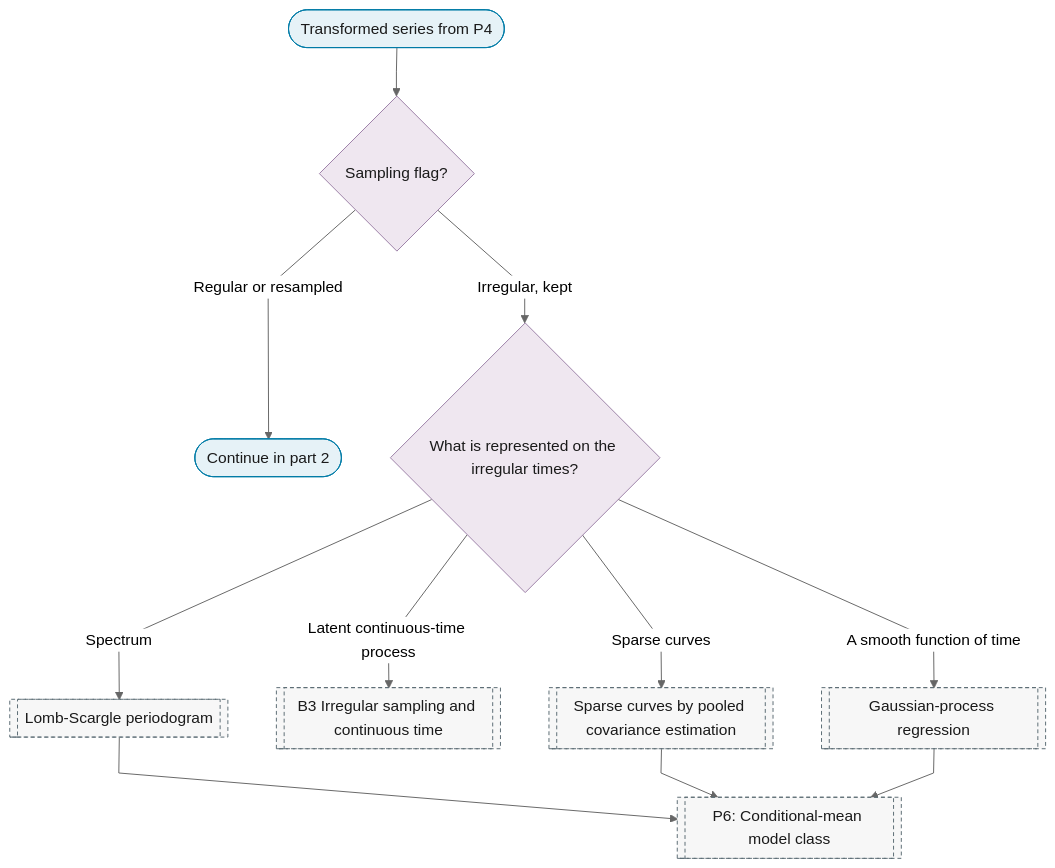
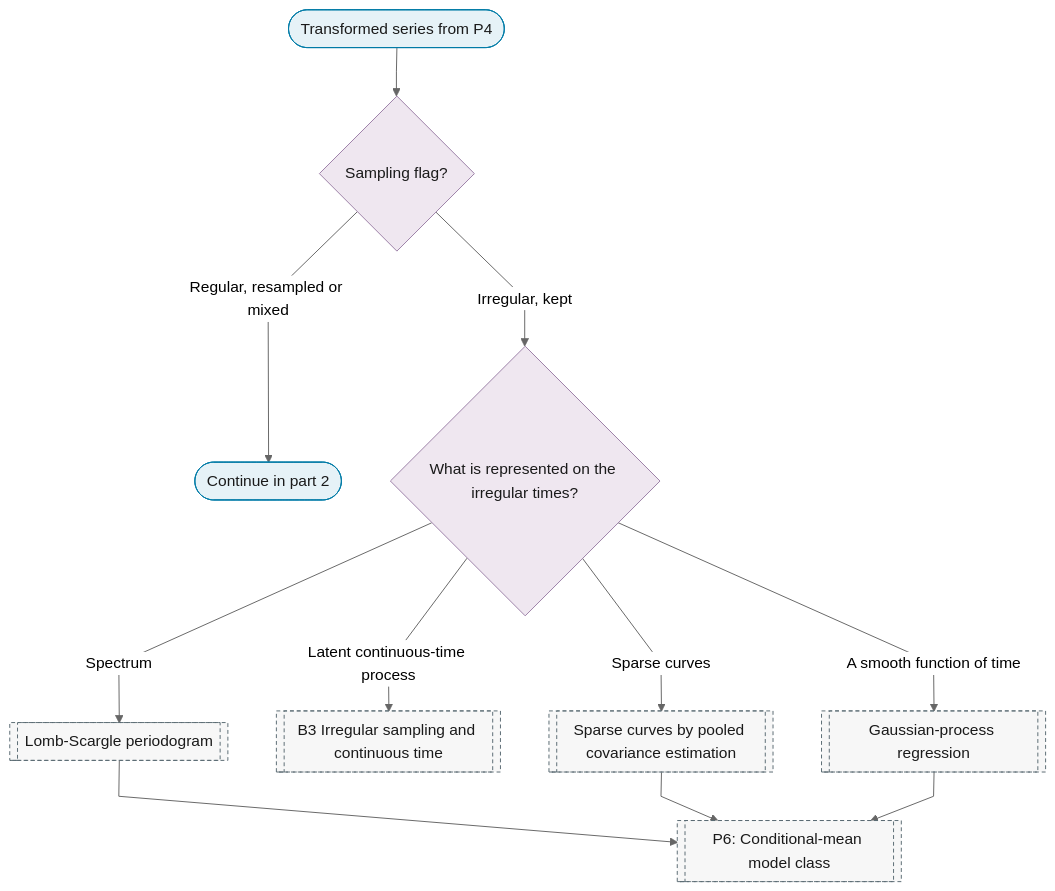
Before and after one commit to Shuxin-Y/time-series-analysis-manual: the first of 2 diagrams in docs/01-workflow/p05-representation/index.md, drawn with Mermaid (neutral theme). The commit also changed 10 other files, not shown here.

````diff
--- a/docs/01-workflow/p05-representation/index.md
+++ b/docs/01-workflow/p05-representation/index.md
@@ -13,23 +13,23 @@
 ```mermaid
 %%{init: {"flowchart": {"curve": "linear"}}}%%
 graph TD
     P5_IN(["Transformed series from P4"]) --> P5_GRID{"Sampling flag?"}
-    P5_GRID -->|"Regular or resampled"| P5_TO_PART_2(["Continue in part 2"])
+    P5_GRID -->|"Regular, resampled or mixed"| P5_TO_PART_2(["Continue in part 2"])
     P5_GRID -->|"Irregular, kept"| P5_IRREGULAR{"What is represented on the irregular times?"}
     P5_IRREGULAR -->|"Spectrum"| P5_FD_LOMB_SCARGLE[["Lomb-Scargle periodogram"]]
     P5_IRREGULAR -->|"Latent continuous-time process"| B3[["B3 Irregular sampling and continuous time"]]
     P5_IRREGULAR -->|"Sparse curves"| P5_FN_PACE[["Sparse curves by pooled covariance estimation"]]
     P5_IRREGULAR -->|"A smooth function of time"| P6_GAUSSIAN_PROCESS[["Gaussian-process regression"]]
     P5_FD_LOMB_SCARGLE & P5_FN_PACE & P6_GAUSSIAN_PROCESS --> P6[["P6: Conditional-mean model class"]]
     class P5_IN,P5_TO_PART_2 terminator
     class P5_GRID,P5_IRREGULAR decision
     class P5_FD_LOMB_SCARGLE,B3,P5_FN_PACE,P6_GAUSSIAN_PROCESS,P6 ref
     classDef terminator fill:#E6F2F7,stroke:#007BA7,color:#1A1A1A;
     classDef process fill:#FFFFFF,stroke:#5A6B73,color:#1A1A1A;
     classDef decision fill:#EFE7F0,stroke:#9B7FA7,color:#1A1A1A;
     classDef data fill:#FFF4E0,stroke:#C9A55E,color:#1A1A1A;
     classDef good fill:#DCEFD8,stroke:#4A7A3F,color:#1A1A1A;
     classDef escalate fill:#FFE9C2,stroke:#C9A55E,color:#1A1A1A;
     classDef problem fill:#F2D9DE,stroke:#800020,color:#1A1A1A;
     classDef ref fill:#F7F7F7,stroke:#5A6B73,color:#1A1A1A,stroke-dasharray:4 3;
 ```
````
